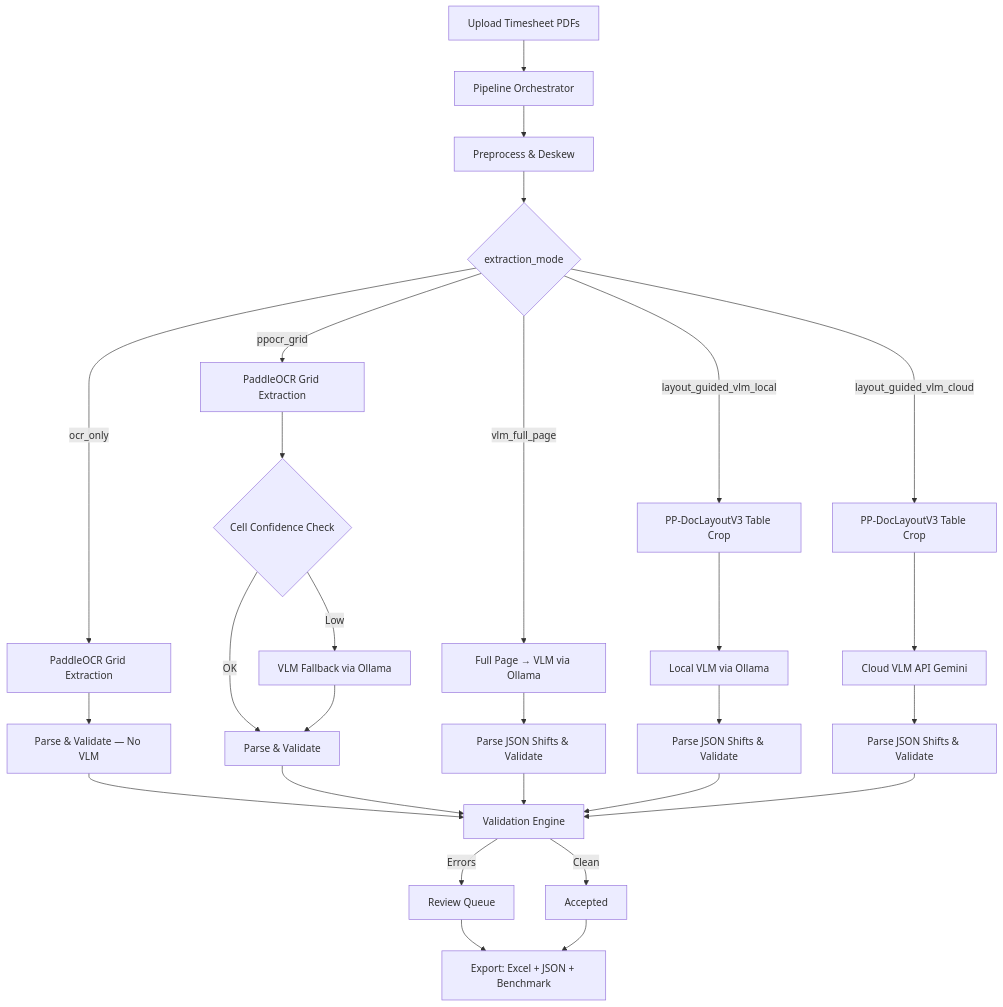
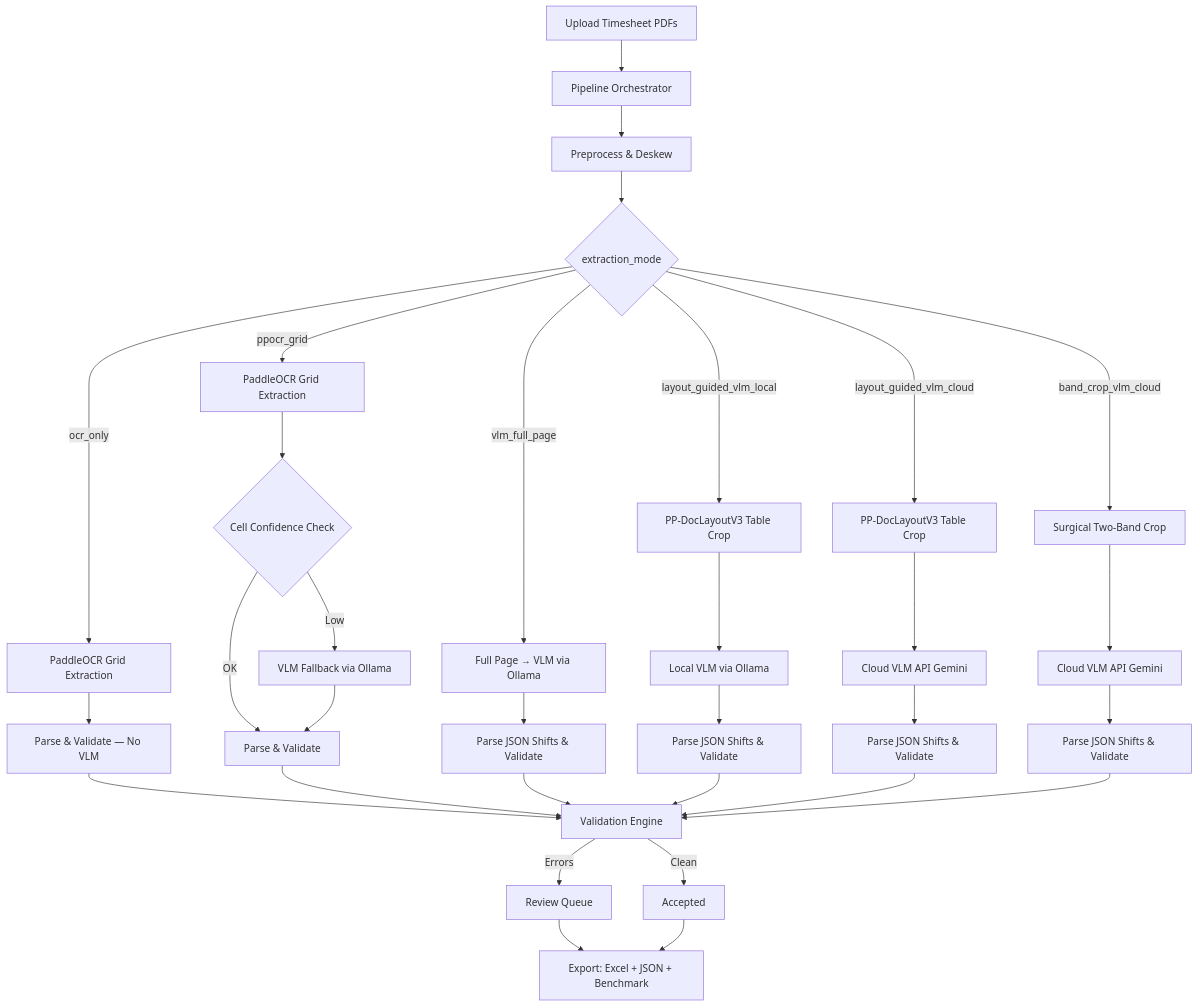
Before and after one commit to mohitagr18/timesheet-ocr: the diagram in README.md, drawn with Mermaid. The commit also changed other lines of this file and 7 other files, not shown here.

Commit message:
band_crop approach working

````diff
--- a/README.md
+++ b/README.md
@@ -15,31 +15,35 @@
 ```mermaid
 graph TD
     A[Upload Timesheet PDFs] --> B[Pipeline Orchestrator]
     B --> C[Preprocess & Deskew]
     C --> D{extraction_mode}
-    
+
     D -->|ocr_only| E1[PaddleOCR Grid Extraction]
     E1 --> F1[Parse & Validate — No VLM]
-    
+
     D -->|ppocr_grid| E2[PaddleOCR Grid Extraction]
     E2 --> F2{Cell Confidence Check}
     F2 -->|Low| G2[VLM Fallback via Ollama]
     F2 -->|OK| H2[Parse & Validate]
     G2 --> H2
-    
+
     D -->|vlm_full_page| E3[Full Page → VLM via Ollama]
     E3 --> F3[Parse JSON Shifts & Validate]
-    
+
     D -->|layout_guided_vlm_local| E4[PP-DocLayoutV3 Table Crop]
     E4 --> F4[Local VLM via Ollama]
     F4 --> G4[Parse JSON Shifts & Validate]
-    
+
     D -->|layout_guided_vlm_cloud| E5[PP-DocLayoutV3 Table Crop]
     E5 --> F5[Cloud VLM API Gemini]
     F5 --> G5[Parse JSON Shifts & Validate]
-    
-    F1 & H2 & F3 & G4 & G5 --> I[Validation Engine]
+
+    D -->|band_crop_vlm_cloud| E6[Surgical Two-Band Crop]
+    E6 --> F6[Cloud VLM API Gemini]
+    F6 --> G6[Parse JSON Shifts & Validate]
+
+    F1 & H2 & F3 & G4 & G5 & G6 --> I[Validation Engine]
     I -->|Errors| J[Review Queue]
     I -->|Clean| K[Accepted]
     J & K --> L[Export: Excel + JSON + Benchmark]
 ```
````
